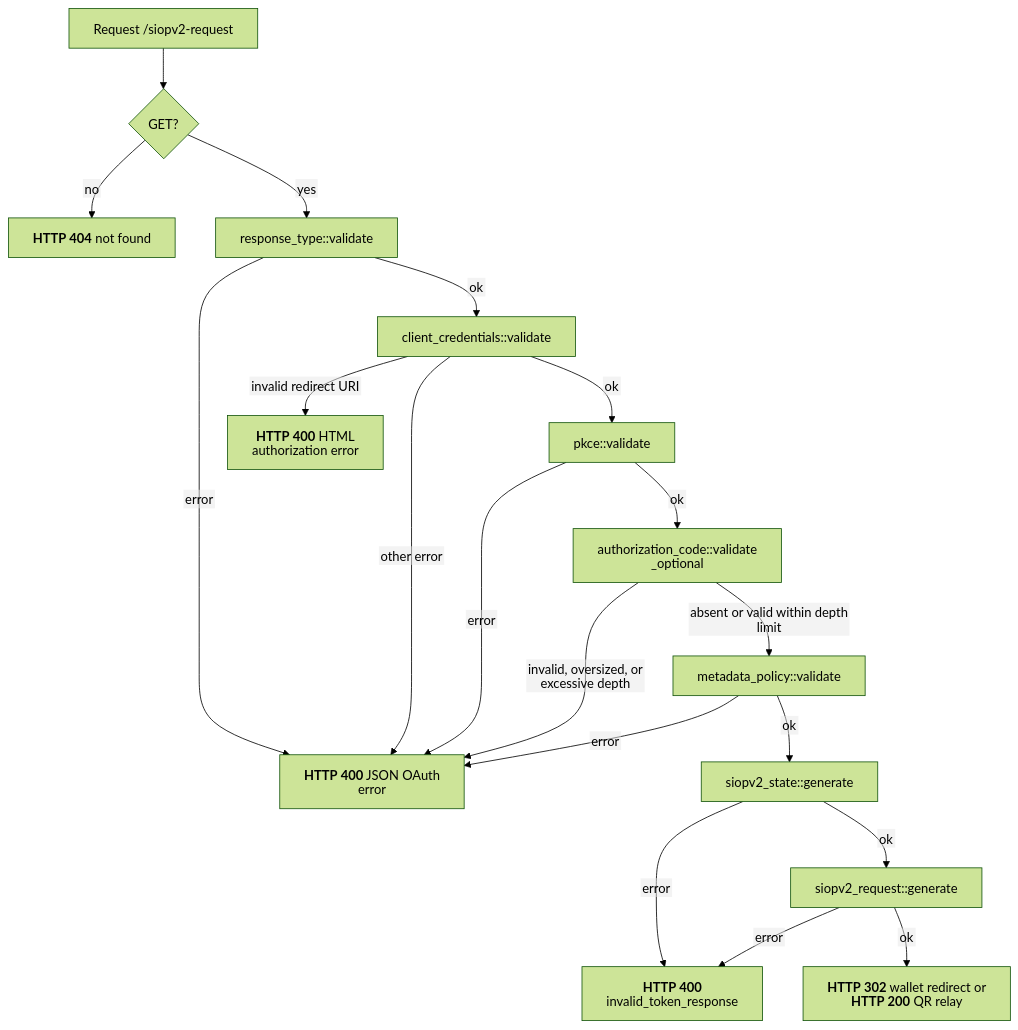
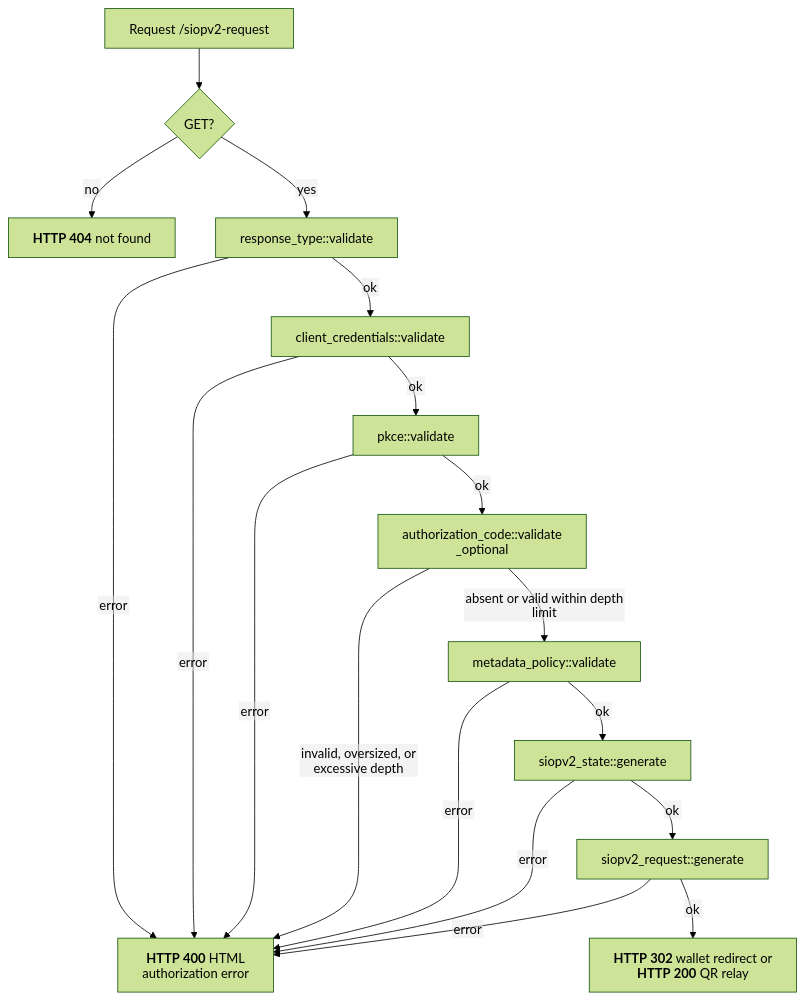
One commit to malach-it/kagome changed the diagram in docs/flows/siopv2/authorization_request_endpoint.mmd. Above: the diagram before and after it, drawn with Mermaid (forest theme). The commit also changed 39 other files, not shown here.

Commit message:
feat: configure client capabilities and html errors

```diff
--- a/docs/flows/siopv2/authorization_request_endpoint.mmd
+++ b/docs/flows/siopv2/authorization_request_endpoint.mmd
@@ -1,20 +1,19 @@
 %%{init: {"htmlLabels": false, "flowchart": {"htmlLabels": false}}}%%
 flowchart TD
     start[Request /siopv2-request] --> method{GET?}
     method -- no --> not_found["`**HTTP 404** not found`"]
     method -- yes --> response_type["response_type::validate"]
-    response_type -- error --> request_error["`**HTTP 400** JSON OAuth error`"]
+    response_type -- error --> request_error["`**HTTP 400** HTML authorization error`"]
     response_type -- ok --> client["client_credentials::validate"]
-    client -- invalid redirect URI --> html_error["`**HTTP 400** HTML authorization error`"]
-    client -- other error --> request_error
+    client -- error --> request_error
     client -- ok --> pkce["pkce::validate"]
     pkce -- error --> request_error
     pkce -- ok --> code["authorization_code::validate_optional"]
     code -- invalid, oversized, or excessive depth --> request_error
     code -- absent or valid within depth limit --> policy["metadata_policy::validate"]
     policy -- error --> request_error
     policy -- ok --> state["siopv2_state::generate"]
-    state -- error --> generation_error["`**HTTP 400** invalid_token_response`"]
+    state -- error --> request_error
     state -- ok --> request_object["siopv2_request::generate"]
-    request_object -- error --> generation_error
+    request_object -- error --> request_error
     request_object -- ok --> success["`**HTTP 302** wallet redirect or **HTTP 200** QR relay`"]
```
